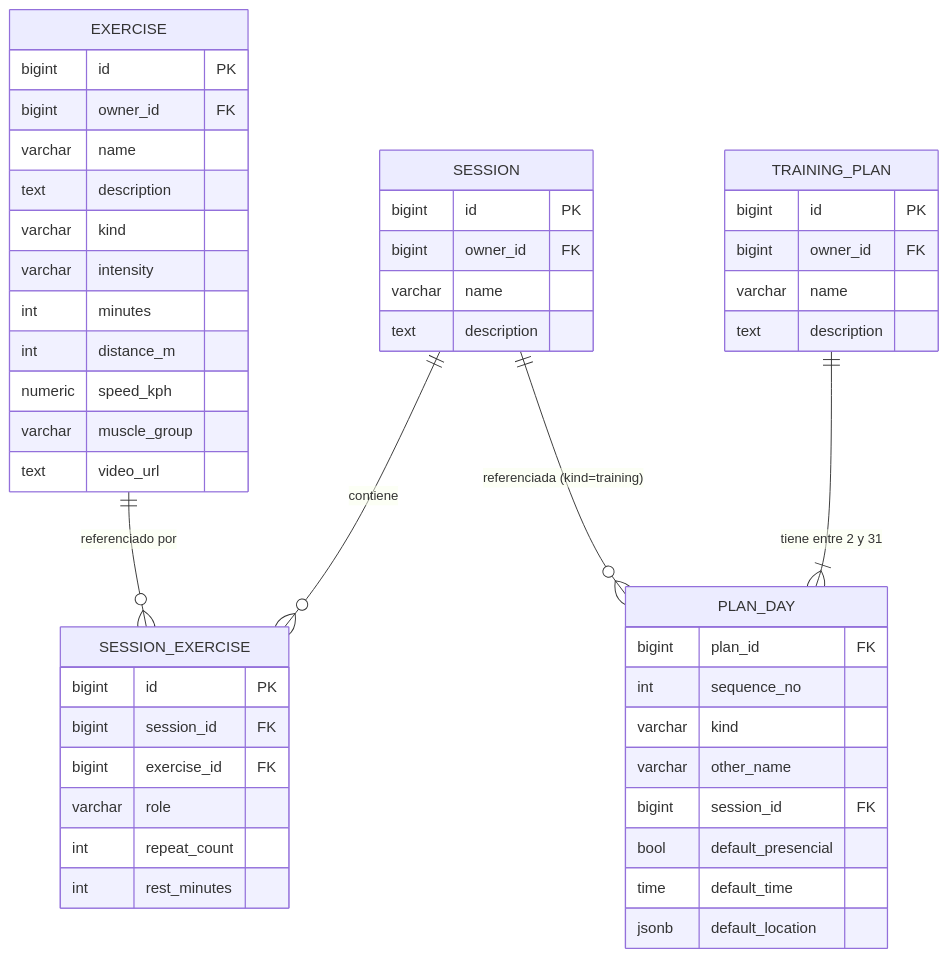
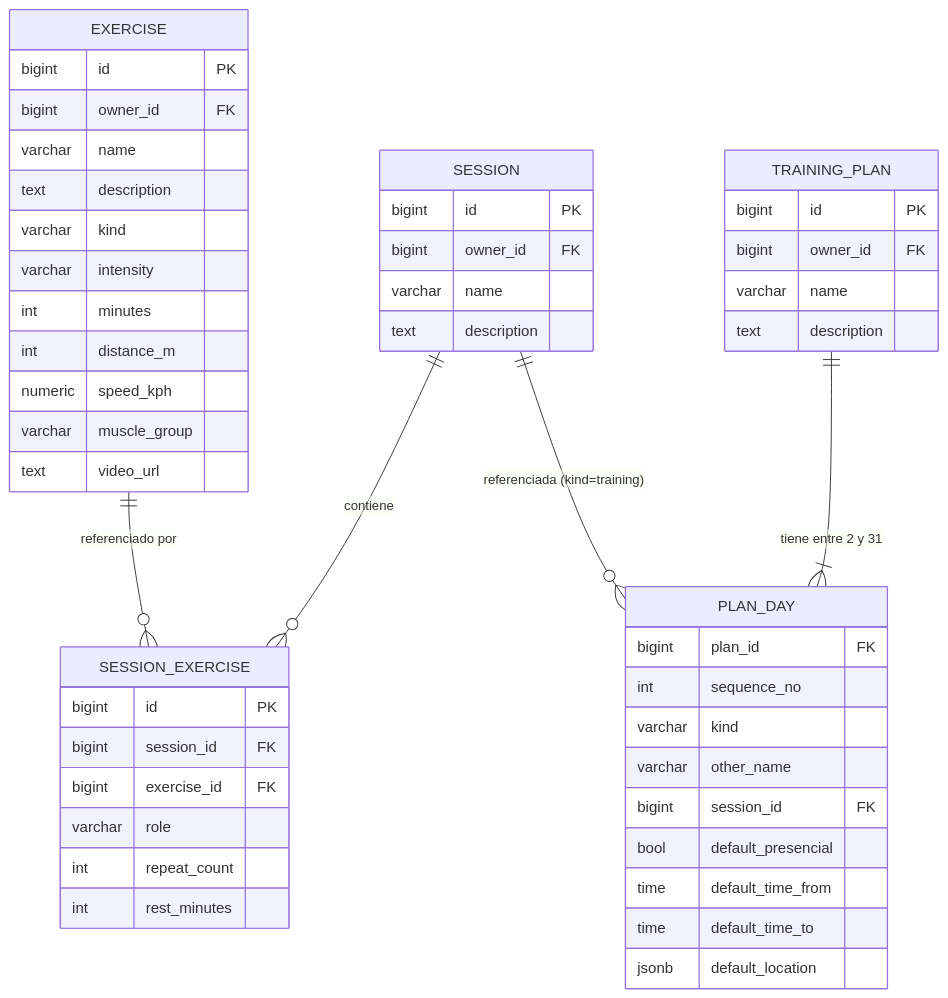
The diagram in docs/BACKEND_TRAINING_PLANS_SPEC.md (Paceron/paceron-frontend), drawn with Mermaid before and after one commit. The commit also changed other lines of this file and 2 other files, not shown here.

First line of the commit message:
docs(calendar): split presencial_time into from/to, open backend gap 6

````diff
--- a/docs/BACKEND_TRAINING_PLANS_SPEC.md
+++ b/docs/BACKEND_TRAINING_PLANS_SPEC.md
@@ -180,51 +181,52 @@
 ```mermaid
 erDiagram
     EXERCISE {
         bigint id PK
         bigint owner_id FK
         varchar name
         text description
         varchar kind
         varchar intensity
         int minutes
         int distance_m
         numeric speed_kph
         varchar muscle_group
         text video_url
     }
     SESSION {
         bigint id PK
         bigint owner_id FK
         varchar name
         text description
     }
     SESSION_EXERCISE {
         bigint id PK
         bigint session_id FK
         bigint exercise_id FK
         varchar role
         int repeat_count
         int rest_minutes
     }
     TRAINING_PLAN {
         bigint id PK
         bigint owner_id FK
         varchar name
         text description
     }
     PLAN_DAY {
         bigint plan_id FK
         int sequence_no
         varchar kind
         varchar other_name
         bigint session_id FK
         bool default_presencial
-        time default_time
+        time default_time_from
+        time default_time_to
         jsonb default_location
     }
 
     SESSION ||--o{ SESSION_EXERCISE : contiene
     EXERCISE ||--o{ SESSION_EXERCISE : "referenciado por"
     TRAINING_PLAN ||--|{ PLAN_DAY : "tiene entre 2 y 31"
     SESSION ||--o{ PLAN_DAY : "referenciada (kind=training)"
 ```
````
